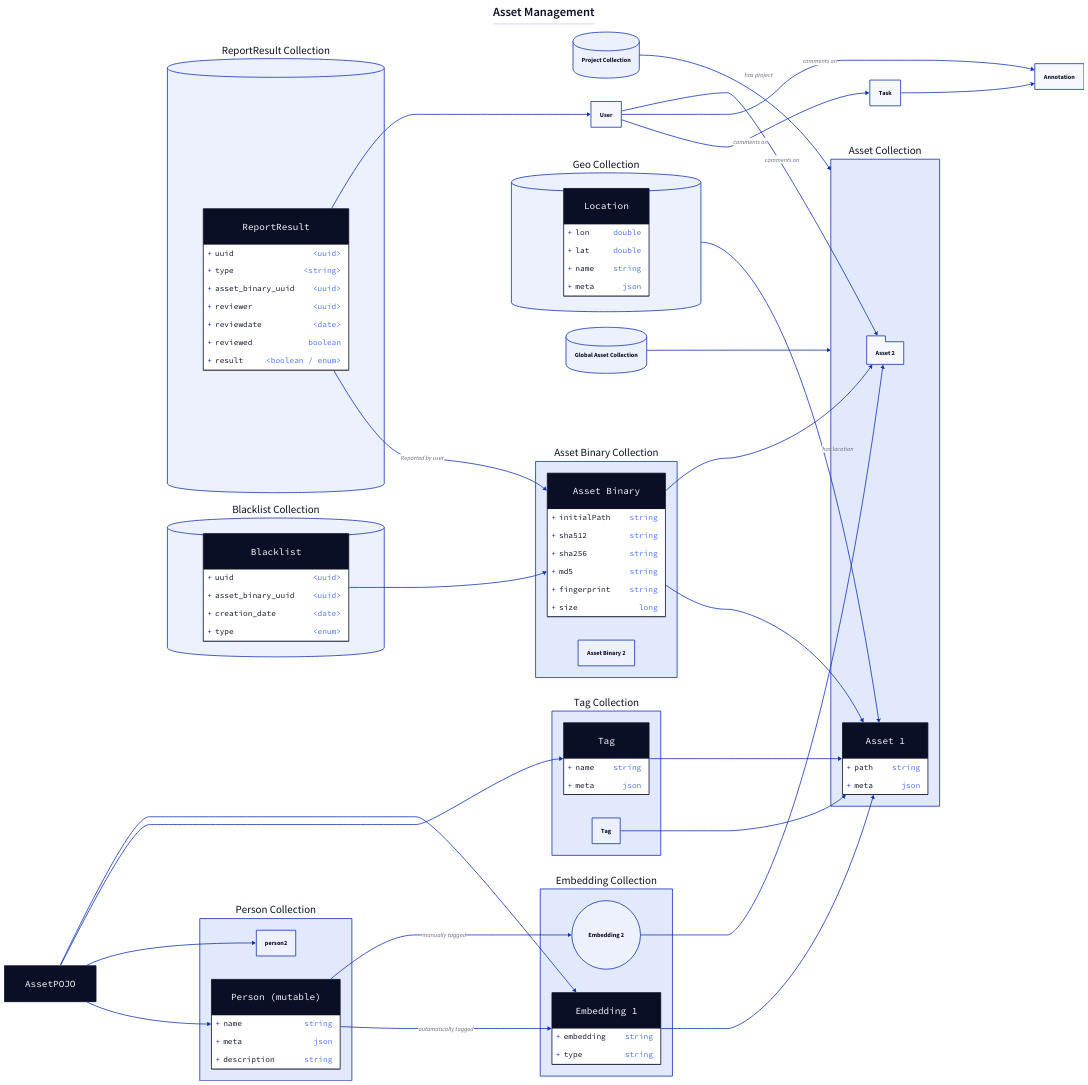
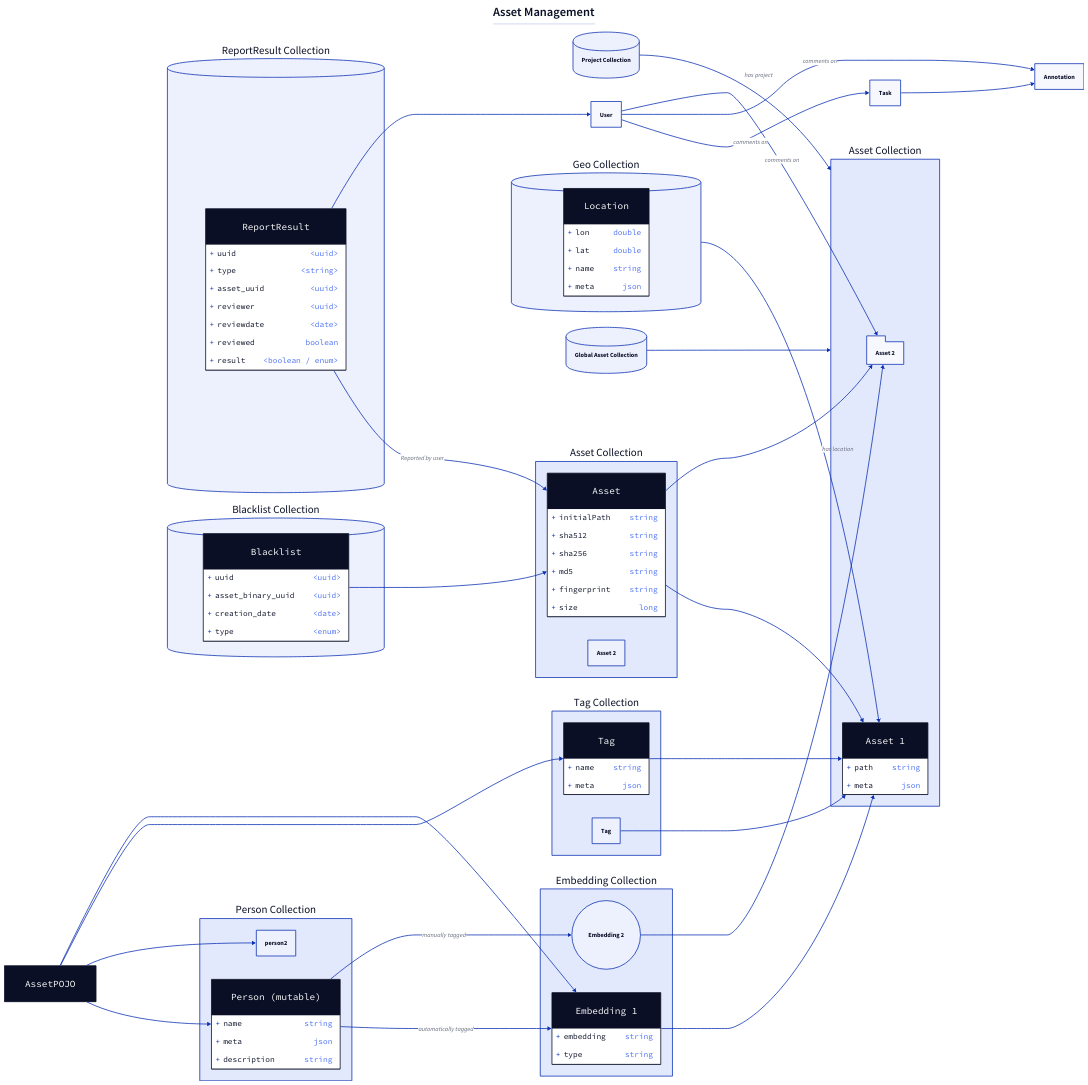
One commit to metaloom/loom changed the diagram in design/Domain/Asset.md. Above: the diagram before and after it, drawn with D2. The commit also changed 21 other files, not shown here.

```diff
--- a/design/Domain/Asset.md
+++ b/design/Domain/Asset.md
@@ -22,9 +22,9 @@
   a2: Asset 2 { shape: package }
 }
 
-# Asset Binary
-abc: Asset Binary Collection {
- ab: Asset Binary { shape: class
+# Asset
+abc: Asset Collection {
+ ab: Asset { shape: class
     initialPath: "string"
     sha512: "string"
     sha256: "string"
@@ -32,7 +32,7 @@
     fingerprint: "string"
     size: "long"
  }
- ab2: Asset Binary 2
+ ab2: Asset 2
 }
 
 abc.ab -> ac.a1
@@ -45,7 +45,7 @@
   r: ReportResult { shape: class
     uuid: "<uuid>"
     type: "<string>"
-    asset_binary_uuid: "<uuid>"
+    asset_uuid: "<uuid>"
     reviewer: "<uuid>"
     reviewdate: "<date>"
     reviewed: "boolean"
```
